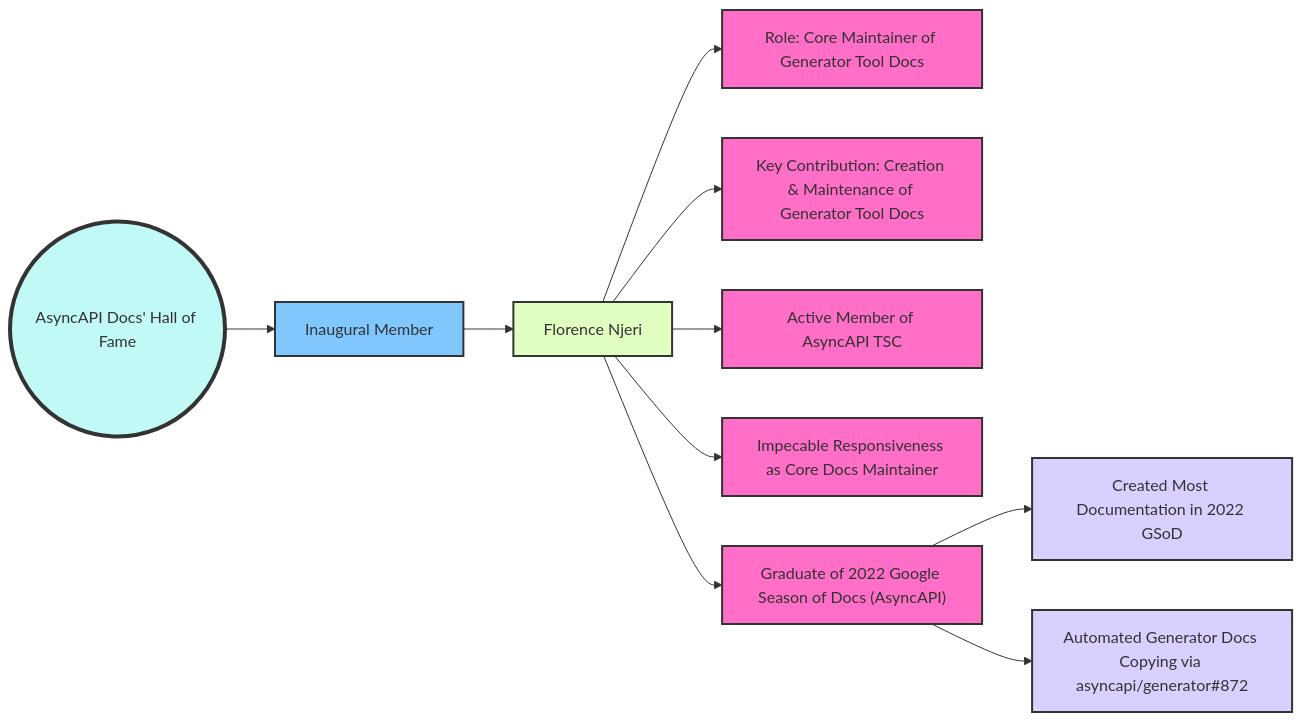
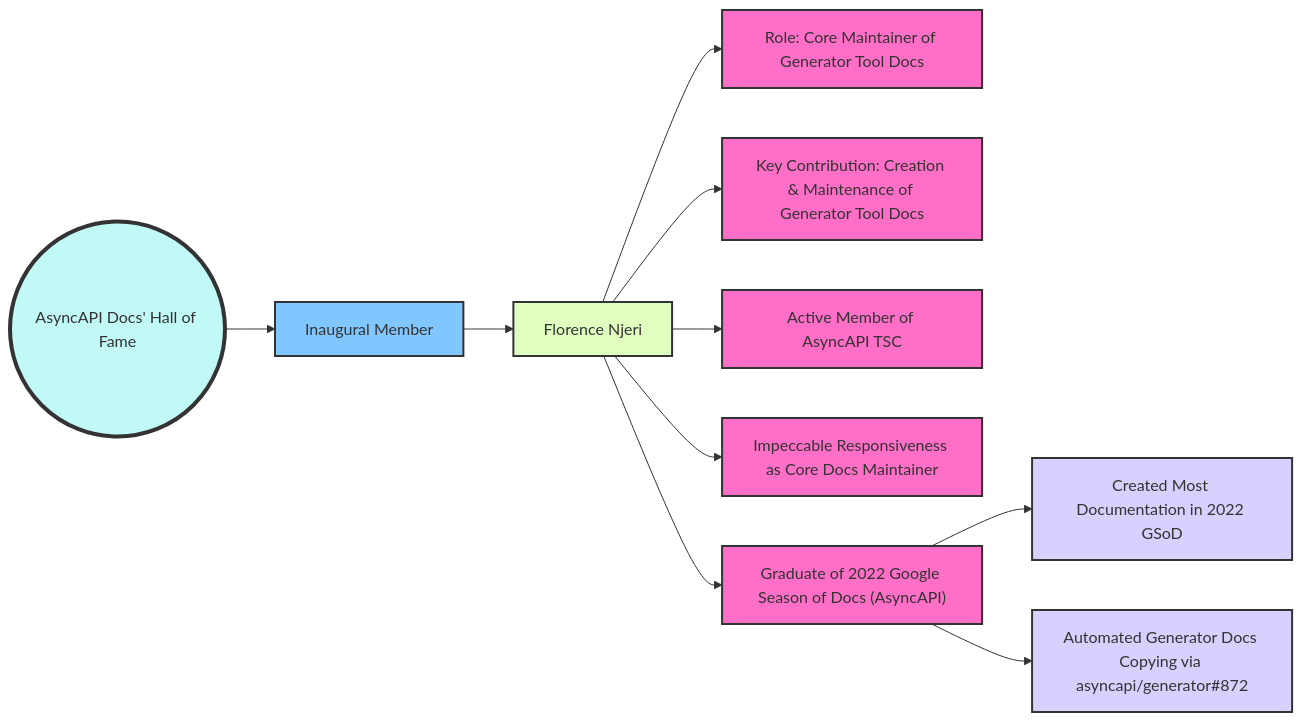
One commit to asyncapi/website changed the first of 2 diagrams in pages/blog/2023-june-docs-report.md. Above: the diagram before and after it, drawn with Mermaid.

Commit message:
spelling fix

````diff
--- a/pages/blog/2023-june-docs-report.md
+++ b/pages/blog/2023-june-docs-report.md
@@ -53,32 +53,32 @@
 ```mermaid
 graph LR
     A(("AsyncAPI Docs' Hall of Fame"))
     B["Inaugural Member"]
     C["Florence Njeri"]
     D["Role: Core Maintainer of Generator Tool Docs"]
     E["Key Contribution: Creation & Maintenance of Generator Tool Docs"]
     F["Active Member of AsyncAPI TSC"]
-    G["Impecable Responsiveness as Core Docs Maintainer"]
+    G["Impeccable Responsiveness as Core Docs Maintainer"]
     H["Graduate of 2022 Google Season of Docs (AsyncAPI)"]
     I["Created Most Documentation in 2022 GSoD"]
     J["Automated Generator Docs Copying via asyncapi/generator#872"]
     A --> B
     B --> C
     C --> D
     C --> E
     C --> F
     C --> G
     C --> H
     H --> I
     H --> J
     style A fill:#C1F9F7,stroke:#333,stroke-width:4px 
     style B fill:#80c6ff,stroke:#333,stroke-width:2px
     style C fill:#E1FEC1,stroke:#333,stroke-width:2px
     style D fill:#FF6EC7,stroke:#333,stroke-width:2px
     style E fill:#FF6EC7,stroke:#333,stroke-width:2px
     style F fill:#FF6EC7,stroke:#333,stroke-width:2px
     style G fill:#FF6EC7,stroke:#333,stroke-width:2px
     style H fill:#FF6EC7,stroke:#333,stroke-width:2px
     style I fill:#DAD0FF,stroke:#333,stroke-width:2px
     style J fill:#DAD0FF,stroke:#333,stroke-width:2px
 ```
````
